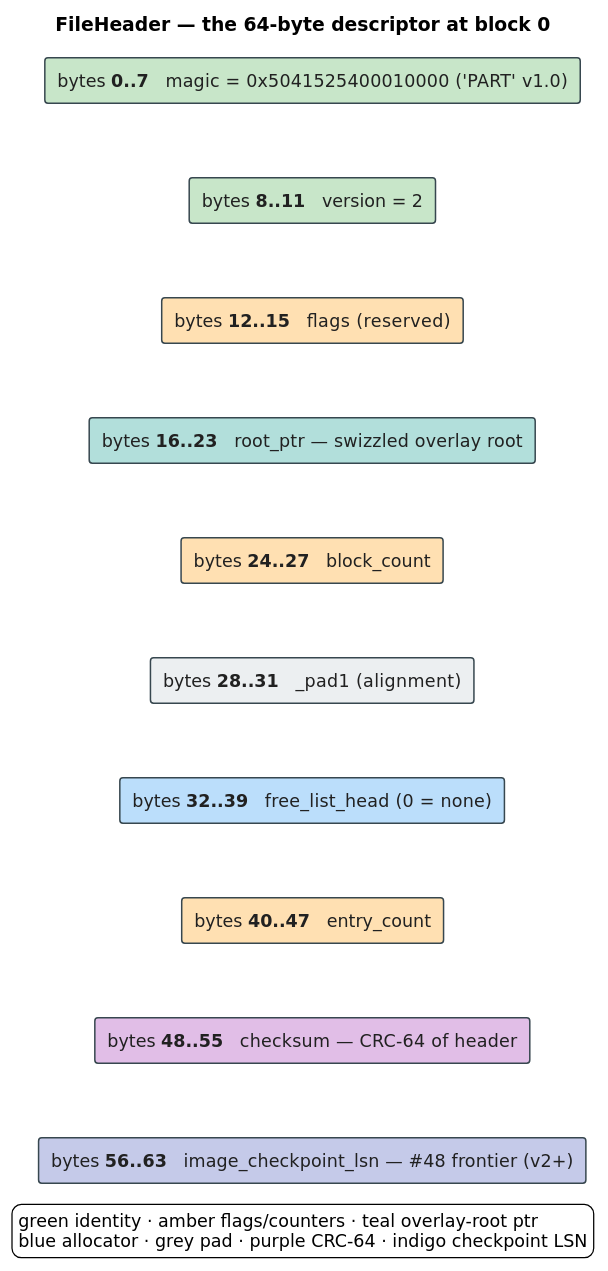
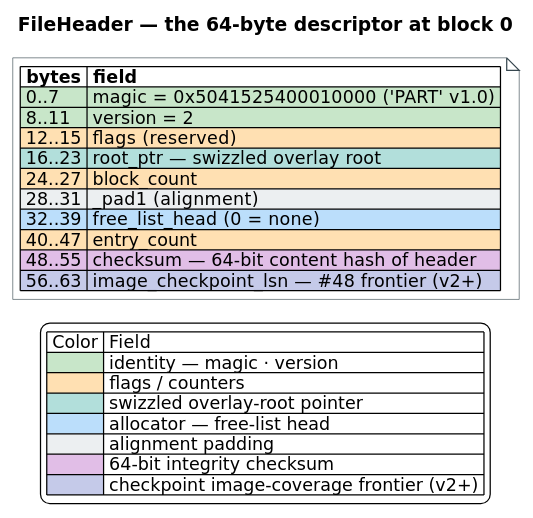
One commit to vinary-tree/libdictenstein changed the diagram in docs/diagrams/src/file-header.puml. Above: the diagram before and after it, drawn with PlantUML. The commit also changed 80 other files, not shown here.

First line of the commit message:
docs: diagram contiguity/swatch overhaul + persistence-doc correctness review

```diff
--- a/docs/diagrams/src/file-header.puml
+++ b/docs/diagrams/src/file-header.puml
@@ -1,54 +1,55 @@
 @startuml file-header
 ' ============================================================================
 ' file-header.puml — the 64-byte PersistentARTrie FileHeader at block 0.
 ' Source of truth: src/persistent_artrie/core/disk_manager.rs (struct FileHeader,
-' #[repr(C, align(64))]). Replaces the tiny bytefield SVG with a compact, colored,
-' viewBox'd PlantUML byte-field (one row per field, offsets on the left).
+' #[repr(C, align(64))]). Drawn as a CONTIGUOUS colored byte table (offset column +
+' field column, one row per field) hosted in a floating note — a struct/RFC-style
+' byte map whose rows share borders (no gaps), not a staggered box stack. Full-cell
+' color via Creole |<#hex>| cells (same engine as the swatch legend).
 ' Color key (house palette + persistence accents — docs/diagrams/README.md):
 '   green  #C8E6C9  identity (magic, version)
 '   amber  #FFE0B2  flags / counters
 '   teal   #B2DFDB  swizzled overlay root pointer
 '   blue   #BBDEFB  allocator state (free-list head)
 '   grey   #ECEFF1  alignment padding
-'   purple #E1BEE7  integrity (CRC-64 checksum)
+'   purple #E1BEE7  integrity (64-bit content-hash checksum; FNV-1a in code)
 '   indigo #C5CAE9  checkpoint image-coverage frontier (#48, v2+)
 ' ============================================================================
 skinparam defaultFontSize 14
 skinparam shadowing false
 skinparam backgroundColor #FFFFFF
 skinparam defaultFontName "DejaVu Sans"
-skinparam rectangle {
+skinparam TitleFontSize 15
+skinparam noteFontSize 14
+skinparam note {
+  BackgroundColor #FFFFFF
   BorderColor #37474F
-  FontColor #212121
-  BorderThickness 1.2
 }
-skinparam TitleFontSize 15
 
 title FileHeader — the 64-byte descriptor at block 0
 
-rectangle "bytes **0..7**   magic = 0x5041525400010000  ('PART' v1.0)" as R0 #C8E6C9
-rectangle "bytes **8..11**   version = 2" as R1 #C8E6C9
-rectangle "bytes **12..15**   flags  (reserved)" as R2 #FFE0B2
-rectangle "bytes **16..23**   root_ptr  — swizzled overlay root" as R3 #B2DFDB
-rectangle "bytes **24..27**   block_count" as R4 #FFE0B2
-rectangle "bytes **28..31**   _pad1  (alignment)" as R5 #ECEFF1
-rectangle "bytes **32..39**   free_list_head  (0 = none)" as R6 #BBDEFB
-rectangle "bytes **40..47**   entry_count" as R7 #FFE0B2
-rectangle "bytes **48..55**   checksum  — CRC-64 of header" as R8 #E1BEE7
-rectangle "bytes **56..63**   image_checkpoint_lsn  — #48 frontier (v2+)" as R9 #C5CAE9
-
-R0 -[hidden]down- R1
-R1 -[hidden]down- R2
-R2 -[hidden]down- R3
-R3 -[hidden]down- R4
-R4 -[hidden]down- R5
-R5 -[hidden]down- R6
-R6 -[hidden]down- R7
-R7 -[hidden]down- R8
-R8 -[hidden]down- R9
+note as FH
+|= bytes |= field |
+|<#C8E6C9> 0..7 |<#C8E6C9> magic = 0x5041525400010000  ('PART' v1.0) |
+|<#C8E6C9> 8..11 |<#C8E6C9> version = 2 |
+|<#FFE0B2> 12..15 |<#FFE0B2> flags  (reserved) |
+|<#B2DFDB> 16..23 |<#B2DFDB> root_ptr  — swizzled overlay root |
+|<#FFE0B2> 24..27 |<#FFE0B2> block_count |
+|<#ECEFF1> 28..31 |<#ECEFF1> _pad1  (alignment) |
+|<#BBDEFB> 32..39 |<#BBDEFB> free_list_head  (0 = none) |
+|<#FFE0B2> 40..47 |<#FFE0B2> entry_count |
+|<#E1BEE7> 48..55 |<#E1BEE7> checksum  — 64-bit content hash of header |
+|<#C5CAE9> 56..63 |<#C5CAE9> image_checkpoint_lsn  — #48 frontier (v2+) |
+end note
 
 legend bottom
-  green identity · amber flags/counters · teal overlay-root ptr
-  blue allocator · grey pad · purple CRC-64 · indigo checkpoint LSN
+| Color | Field |
+|<#C8E6C9>| identity — magic · version |
+|<#FFE0B2>| flags / counters |
+|<#B2DFDB>| swizzled overlay-root pointer |
+|<#BBDEFB>| allocator — free-list head |
+|<#ECEFF1>| alignment padding |
+|<#E1BEE7>| 64-bit integrity checksum |
+|<#C5CAE9>| checkpoint image-coverage frontier (v2+) |
 endlegend
 @enduml
```
